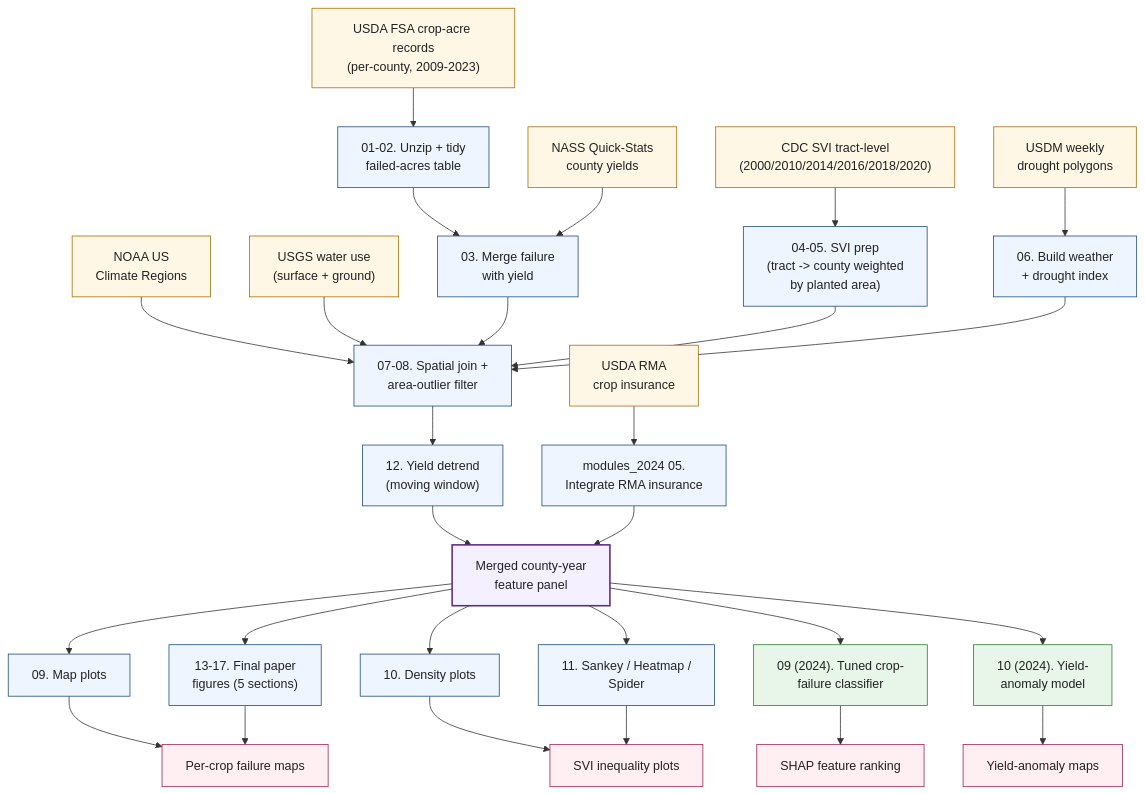
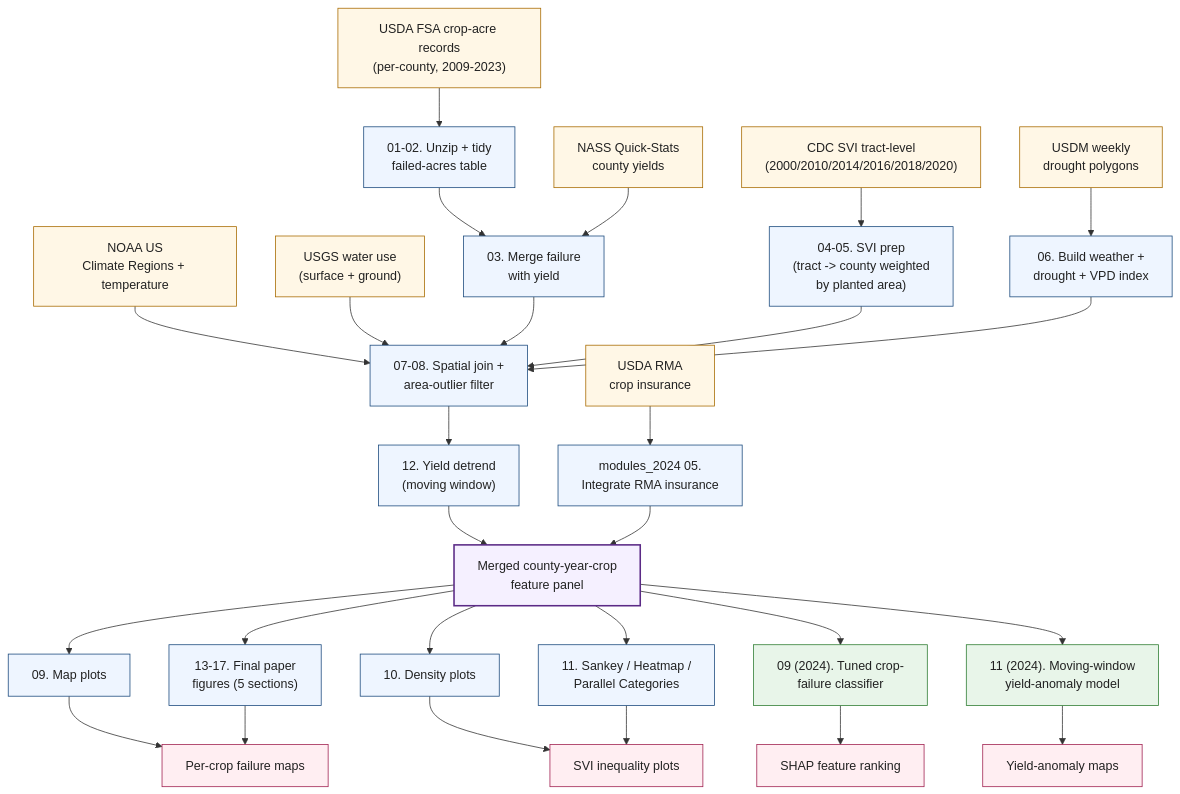
Before and after one commit to zahirnik/crop-failure-svi: the diagram in README.md, drawn with Mermaid. The commit also changed other lines of this file and 6 other files, not shown here.

````diff
--- a/README.md
+++ b/README.md
@@ -109,64 +154,64 @@
 ```mermaid
 flowchart TD
     A["USDA FSA crop-acre records<br/>(per-county, 2009-2023)"]
     B["NASS Quick-Stats<br/>county yields"]
     C["CDC SVI tract-level<br/>(2000/2010/2014/2016/2018/2020)"]
     D["USDM weekly<br/>drought polygons"]
-    E["NOAA US<br/>Climate Regions"]
+    E["NOAA US<br/>Climate Regions + temperature"]
     F["USGS water use<br/>(surface + ground)"]
     G["USDA RMA<br/>crop insurance"]
 
     P1["01-02. Unzip + tidy<br/>failed-acres table"]
     P2["03. Merge failure<br/>with yield"]
     P3["04-05. SVI prep<br/>(tract -> county weighted<br/>by planted area)"]
-    P4["06. Build weather<br/>+ drought index"]
+    P4["06. Build weather +<br/>drought + VPD index"]
     P5["07-08. Spatial join +<br/>area-outlier filter"]
     P6["12. Yield detrend<br/>(moving window)"]
     P7["modules_2024 05.<br/>Integrate RMA insurance"]
 
-    M["Merged county-year<br/>feature panel"]
+    M["Merged county-year-crop<br/>feature panel"]
 
     F1["09. Map plots"]
     F2["10. Density plots"]
-    F3["11. Sankey / Heatmap /<br/>Spider"]
+    F3["11. Sankey / Heatmap /<br/>Parallel Categories"]
     F4["13-17. Final paper<br/>figures (5 sections)"]
 
     ML1["09 (2024). Tuned crop-<br/>failure classifier"]
-    ML2["10 (2024). Yield-<br/>anomaly model"]
+    ML2["11 (2024). Moving-window<br/>yield-anomaly model"]
 
     OUT1["Per-crop failure maps"]
     OUT2["SVI inequality plots"]
     OUT3["SHAP feature ranking"]
     OUT4["Yield-anomaly maps"]
 
     A --> P1 --> P2
     B --> P2
     C --> P3
     D --> P4
     E --> P5
     F --> P5
     G --> P7
     P2 --> P5
     P3 --> P5
     P4 --> P5
     P5 --> P6
     P6 --> M
     P7 --> M
     M --> F1 --> OUT1
     M --> F2 --> OUT2
     M --> F3 --> OUT2
     M --> F4 --> OUT1
     M --> ML1 --> OUT3
     M --> ML2 --> OUT4
 
     classDef src fill:#fff7e6,stroke:#a86b00,color:#222
     classDef prep fill:#eef5ff,stroke:#1b4a7d,color:#222
     classDef ml fill:#e8f5e9,stroke:#2e7d32,color:#222
     classDef out fill:#ffeef2,stroke:#a02050,color:#222
     classDef hub fill:#f5f0ff,stroke:#5b2a86,color:#222,stroke-width:2px
     class A,B,C,D,E,F,G src
     class P1,P2,P3,P4,P5,P6,P7,F1,F2,F3,F4 prep
     class ML1,ML2 ml
     class M hub
     class OUT1,OUT2,OUT3,OUT4 out
 ```
````
